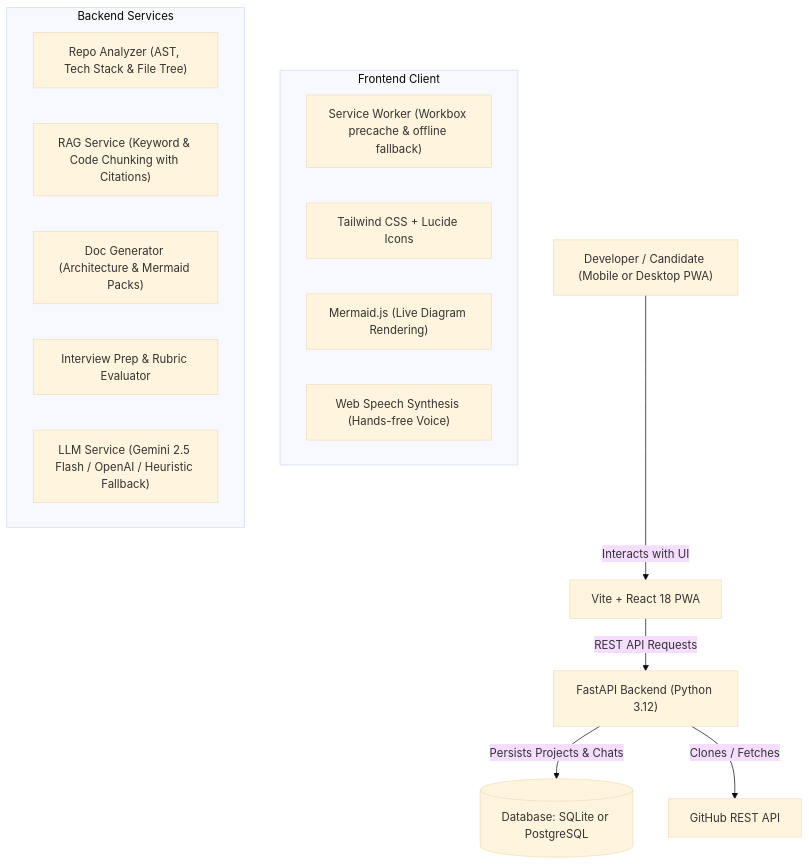
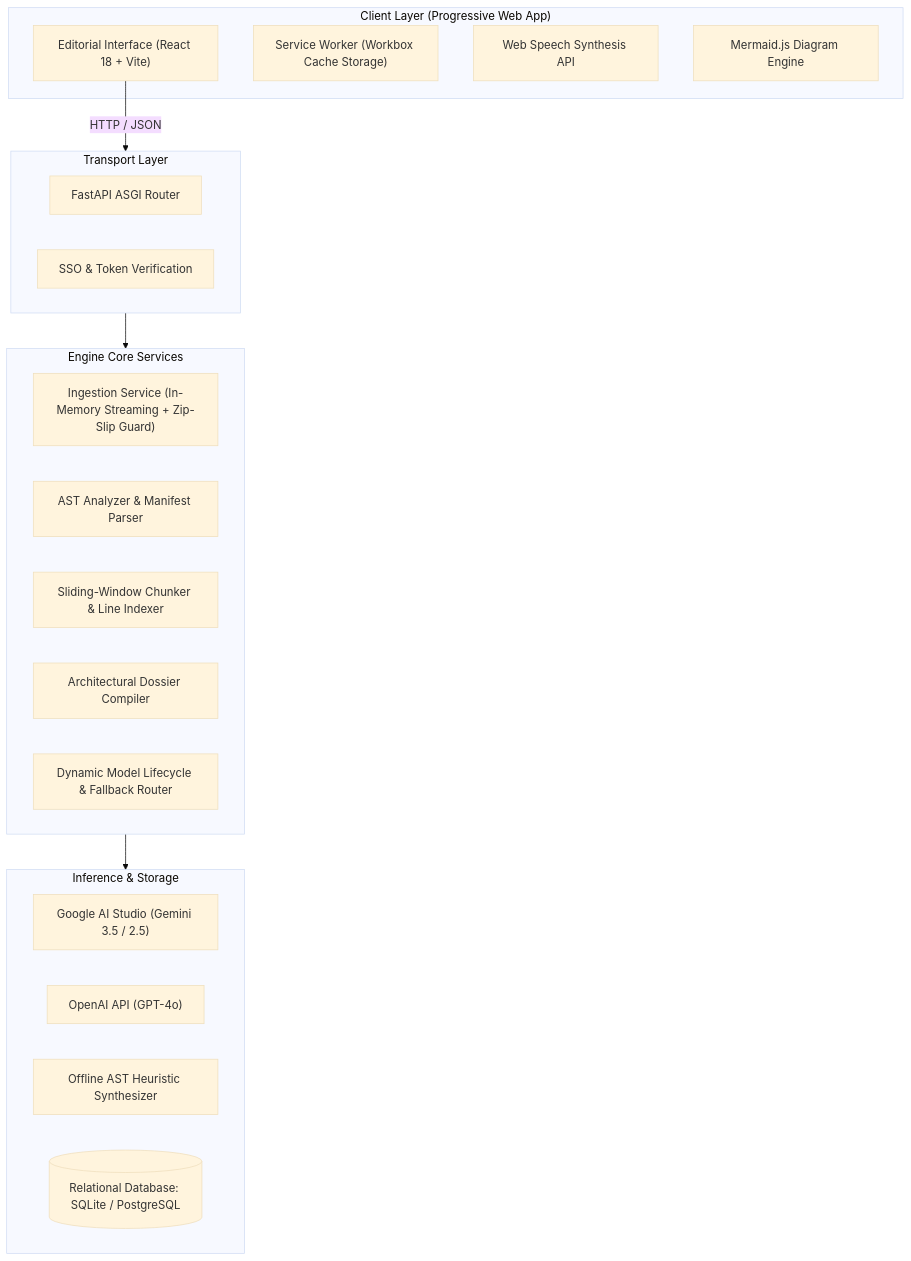
One commit to ruchikanarang1/projector-github-repo-assistant changed the diagram in README.md. Above: the diagram before and after it, drawn with Mermaid (base theme). The commit also changed other lines of this file, not shown here.

Commit message:
docs: compile professional portfolio-grade architectural README without emojis or marketing copy

````diff
--- a/README.md
+++ b/README.md
@@ -71,24 +53,33 @@
 ```mermaid
 flowchart TD
-    User["Developer / Candidate (Mobile or Desktop PWA)"] -->|Interacts with UI| Frontend["Vite + React 18 PWA"]
-    
-    subgraph "Frontend Client"
-        SW["Service Worker (Workbox precache & offline fallback)"]
-        UI["Tailwind CSS + Lucide Icons"]
-        Mermaid["Mermaid.js (Live Diagram Rendering)"]
-        Speech["Web Speech Synthesis (Hands-free Voice)"]
+    subgraph Client ["Client Layer (Progressive Web App)"]
+        UI["Editorial Interface (React 18 + Vite)"]
+        SW["Service Worker (Workbox Cache Storage)"]
+        TTS["Web Speech Synthesis API"]
+        Mermaid["Mermaid.js Diagram Engine"]
     end
 
-    Frontend -->|REST API Requests| Backend["FastAPI Backend (Python 3.12)"]
-    
-    subgraph "Backend Services"
-        Analyzer["Repo Analyzer (AST, Tech Stack & File Tree)"]
-        RAG["RAG Service (Keyword & Code Chunking with Citations)"]
-        DocGen["Doc Generator (Architecture & Mermaid Packs)"]
-        InterviewService["Interview Prep & Rubric Evaluator"]
-        LLM["LLM Service (Gemini 2.5 Flash / OpenAI / Heuristic Fallback)"]
+    subgraph Gateway ["Transport Layer"]
+        CORS["FastAPI ASGI Router"]
+        AuthMiddleware["SSO & Token Verification"]
     end
 
-    Backend -->|Persists Projects & Chats| Database[("Database: SQLite or PostgreSQL")]
-    Backend -->|Clones / Fetches| GitHub["GitHub REST API"]
+    subgraph Core ["Engine Core Services"]
+        Ingestion["Ingestion Service (In-Memory Streaming + Zip-Slip Guard)"]
+        Analyzer["AST Analyzer & Manifest Parser"]
+        RAG["Sliding-Window Chunker & Line Indexer"]
+        DocCompiler["Architectural Dossier Compiler"]
+        ModelRouter["Dynamic Model Lifecycle & Fallback Router"]
+    end
+
+    subgraph Providers ["Inference & Storage"]
+        GeminiAPI["Google AI Studio (Gemini 3.5 / 2.5)"]
+        OpenAIAPI["OpenAI API (GPT-4o)"]
+        Heuristic["Offline AST Heuristic Synthesizer"]
+        DB[("Relational Database: SQLite / PostgreSQL")]
+    end
+
+    UI -->|HTTP / JSON| Gateway
+    Gateway --> Core
+    Core --> Providers
 ```
````
